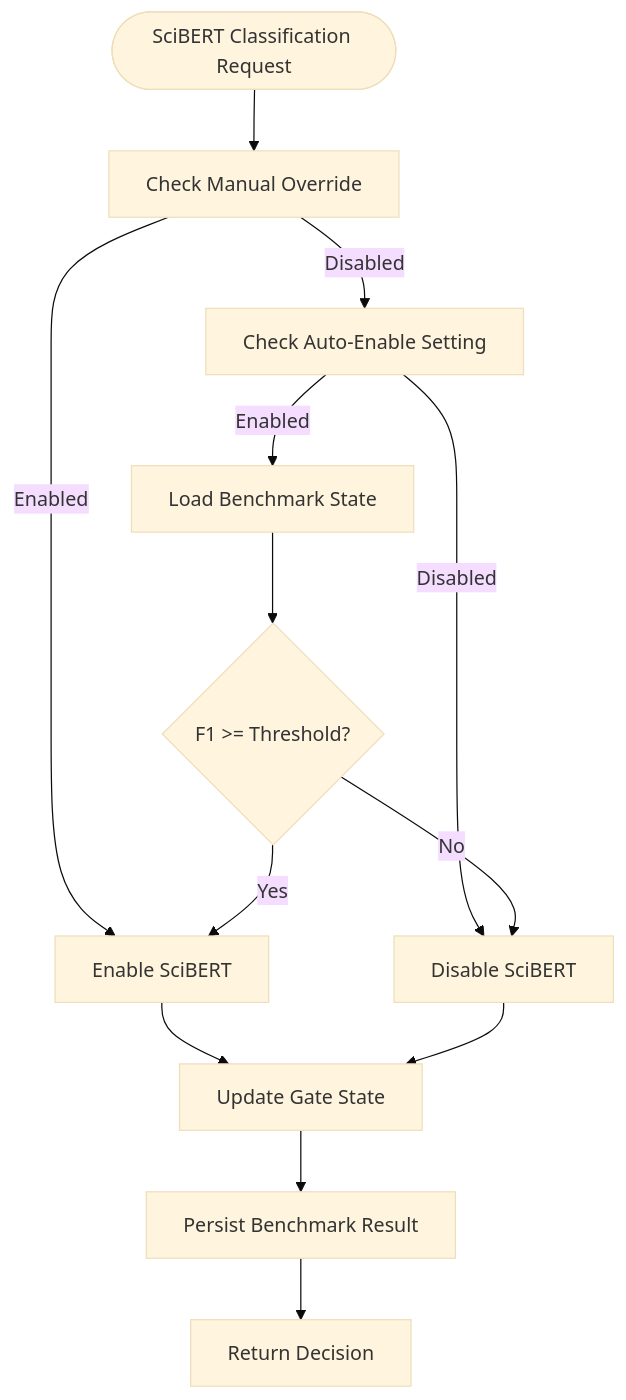
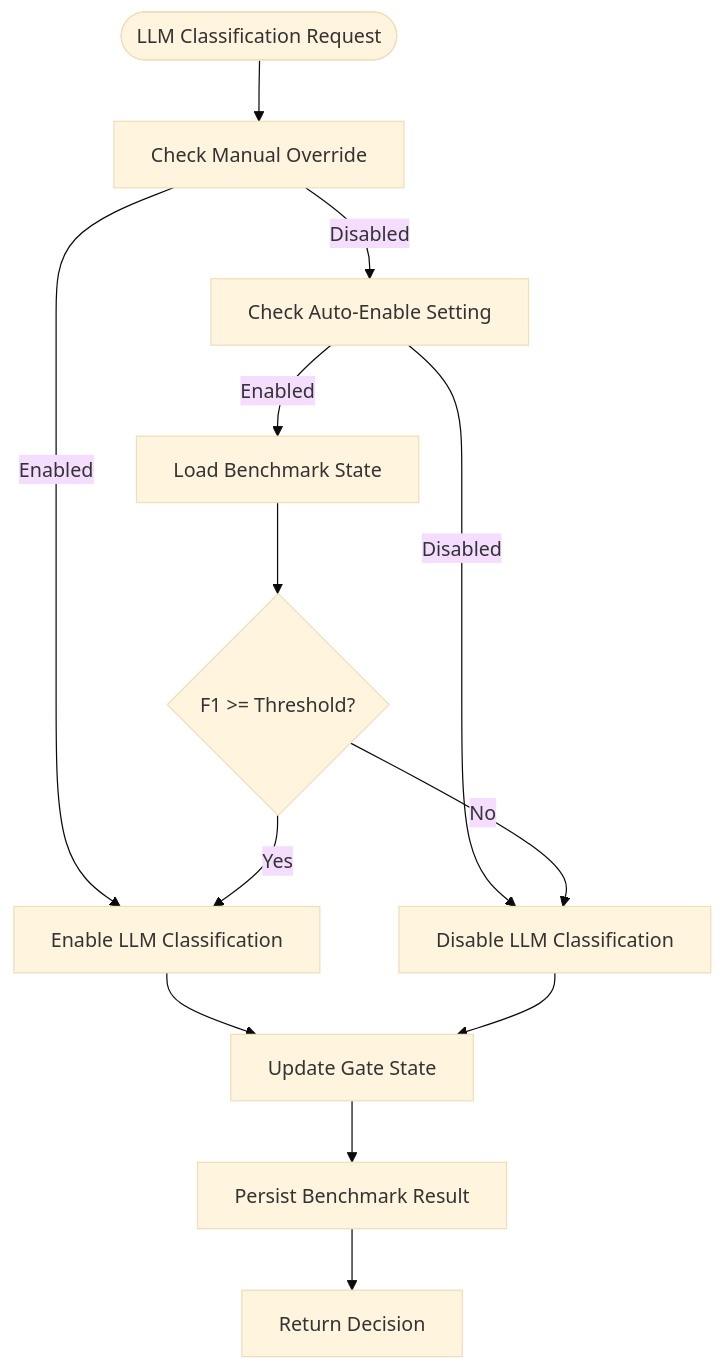
The fifth of 12 diagrams in .docs/content/AI_ML Integration/AI_ML Integration.md (rohitkumarnaidu/ScholarFormAI), drawn with Mermaid (base theme) before and after one commit. The commit also changed other lines of this file and 4 other files, not shown here.

````diff
--- a/.docs/content/AI_ML Integration/AI_ML Integration.md
+++ b/.docs/content/AI_ML Integration/AI_ML Integration.md
@@ -245,15 +245,15 @@
 ```mermaid
 flowchart TD
-Start(["SciBERT Classification Request"]) --> CheckManual["Check Manual Override"]
-CheckManual --> |Enabled| Enable["Enable SciBERT"]
+Start(["LLM Classification Request"]) --> CheckManual["Check Manual Override"]
+CheckManual --> |Enabled| Enable["Enable LLM Classification"]
 CheckManual --> |Disabled| CheckAuto["Check Auto-Enable Setting"]
-CheckAuto --> |Disabled| Disable["Disable SciBERT"]
+CheckAuto --> |Disabled| Disable["Disable LLM Classification"]
 CheckAuto --> |Enabled| LoadState["Load Benchmark State"]
 LoadState --> CheckThreshold{"F1 >= Threshold?"}
 CheckThreshold --> |Yes| Enable
 CheckThreshold --> |No| Disable
 Enable --> UpdateState["Update Gate State"]
 Disable --> UpdateState
 UpdateState --> Persist["Persist Benchmark Result"]
 Persist --> Return["Return Decision"]
 ```
````
